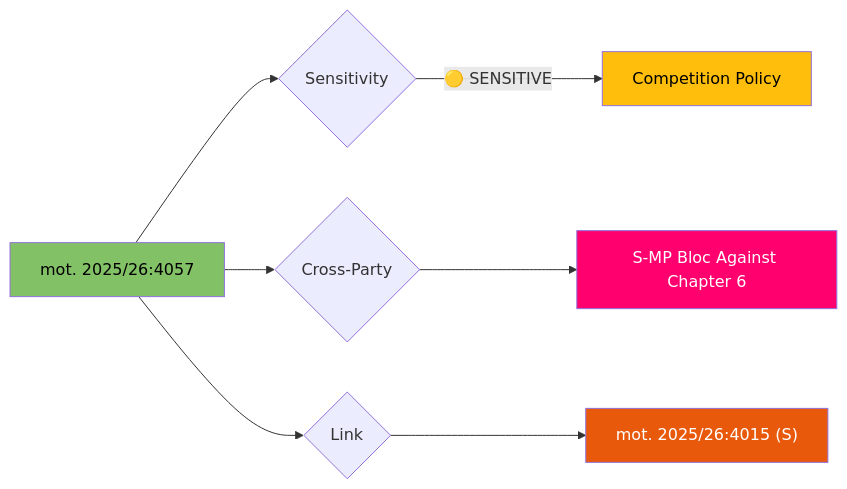
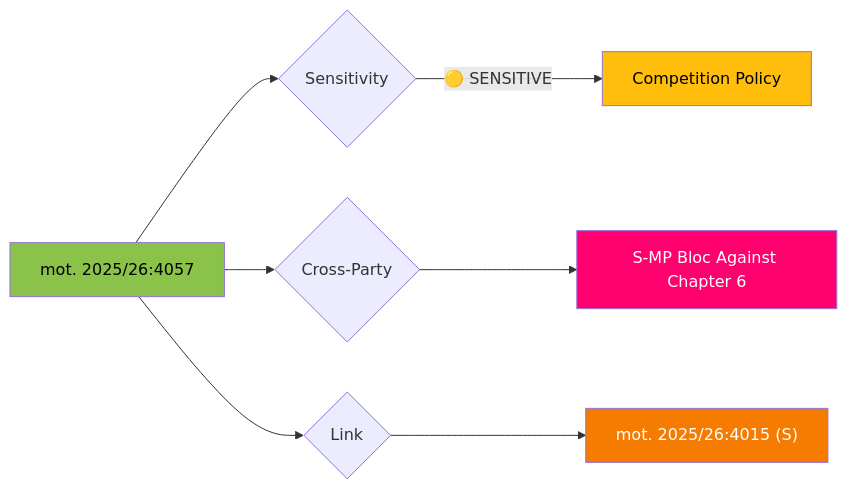
One commit to Hack23/riksdagsmonitor changed the diagram in analysis/daily/2026-04-13/motions/documents/HD024057-analysis.md. Above: the diagram before and after it, drawn with Mermaid. The commit also changed 785 other files, not shown here.

First line of the commit message:
Normalize mermaid colors across 786 analysis artifacts to ISMS Style Guide palette

````diff
--- a/analysis/daily/2026-04-13/motions/documents/HD024057-analysis.md
+++ b/analysis/daily/2026-04-13/motions/documents/HD024057-analysis.md
@@ -25,13 +25,13 @@
 ```mermaid
 graph LR
     A["mot. 2025/26:4057"] --> B{Sensitivity}
     B -->|"🟡 SENSITIVE"| D["Competition Policy"]
     A --> G{Cross-Party}
     G --> H["S-MP Bloc Against Chapter 6"]
     A --> I{Link}
     I --> J["mot. 2025/26:4015 (S)"]
-    style A fill:#83c167,color:#000
-    style D fill:#ffbe0b,color:#000
-    style H fill:#ff006e,color:#fff
-    style J fill:#e8590c,color:#fff
+    style A fill:#8BC34A,color:#000000
+    style D fill:#ffbe0b,color:#000000
+    style H fill:#ff006e,color:#FFFFFF
+    style J fill:#F57C00,color:#FFFFFF
 ```
````
